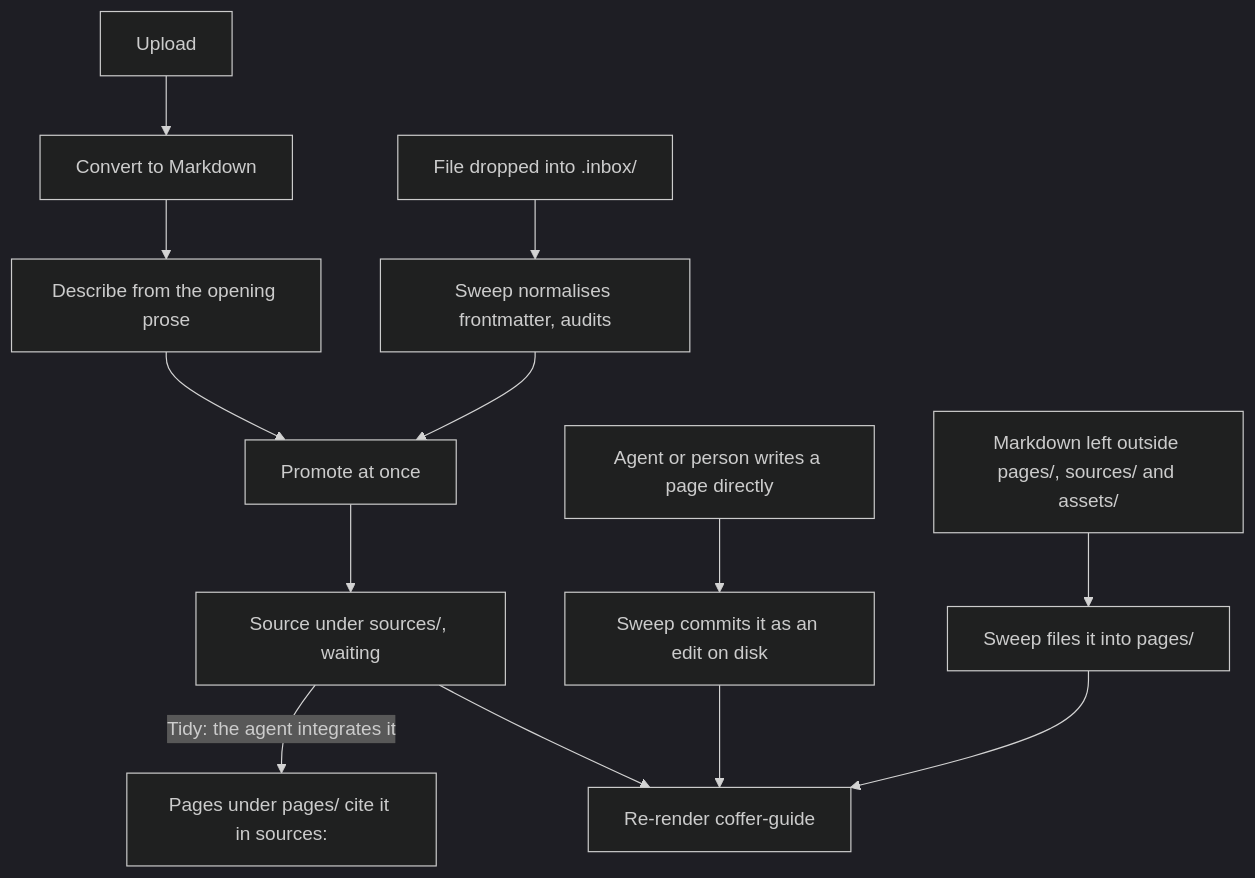
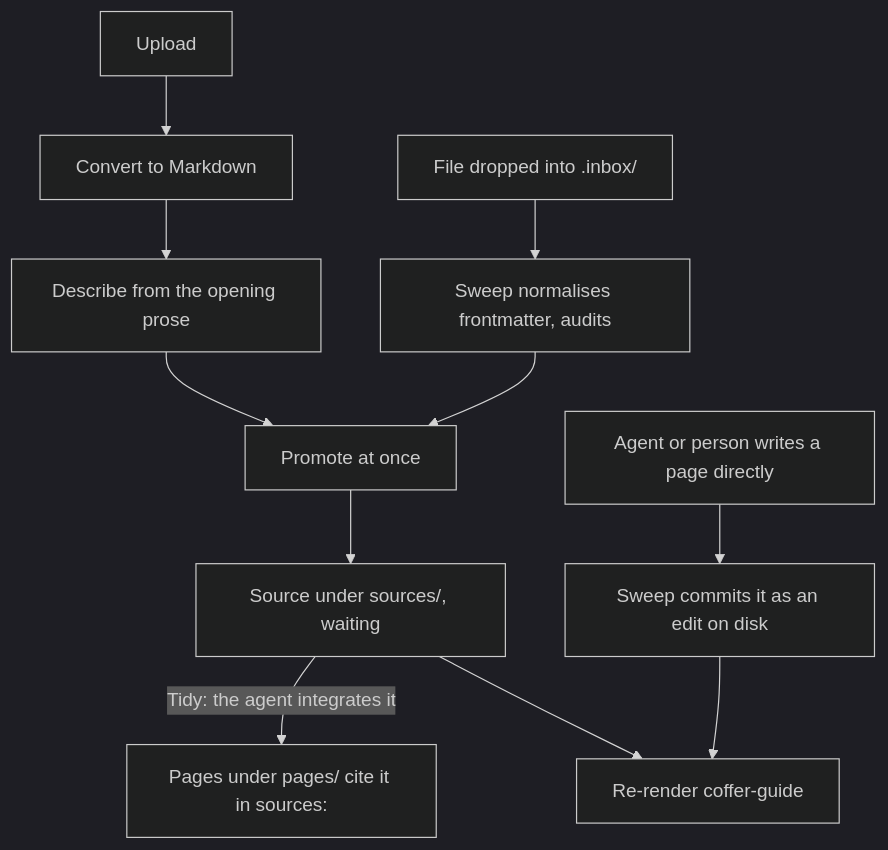
The first of 3 diagrams in docs-site/architecture/knowledge.md (wyx-sg/Coffer), drawn with Mermaid (dark theme) before and after one commit. The commit also changed other lines of this file and 101 other files, not shown here.

````diff
--- a/docs-site/architecture/knowledge.md
+++ b/docs-site/architecture/knowledge.md
@@ -139,15 +142,13 @@
 ```mermaid
 flowchart TD
   U["Upload"] --> C["Convert to Markdown"]
   C --> D["Describe from the opening prose"]
   D --> S["Promote at once"]
   W["File dropped into .inbox/"] --> N["Sweep normalises frontmatter, audits"]
   N --> S
   S --> SRC["Source under sources/, waiting"]
   SRC -->|Tidy: the agent integrates it| P["Pages under pages/ cite it in sources:"]
   E["Agent or person writes a page directly"] --> DISK["Sweep commits it as an edit on disk"]
-  L["Markdown left outside pages/, sources/ and assets/"] --> M["Sweep files it into pages/"]
   SRC --> G["Re-render coffer-guide"]
   DISK --> G
-  M --> G
 ```
````
